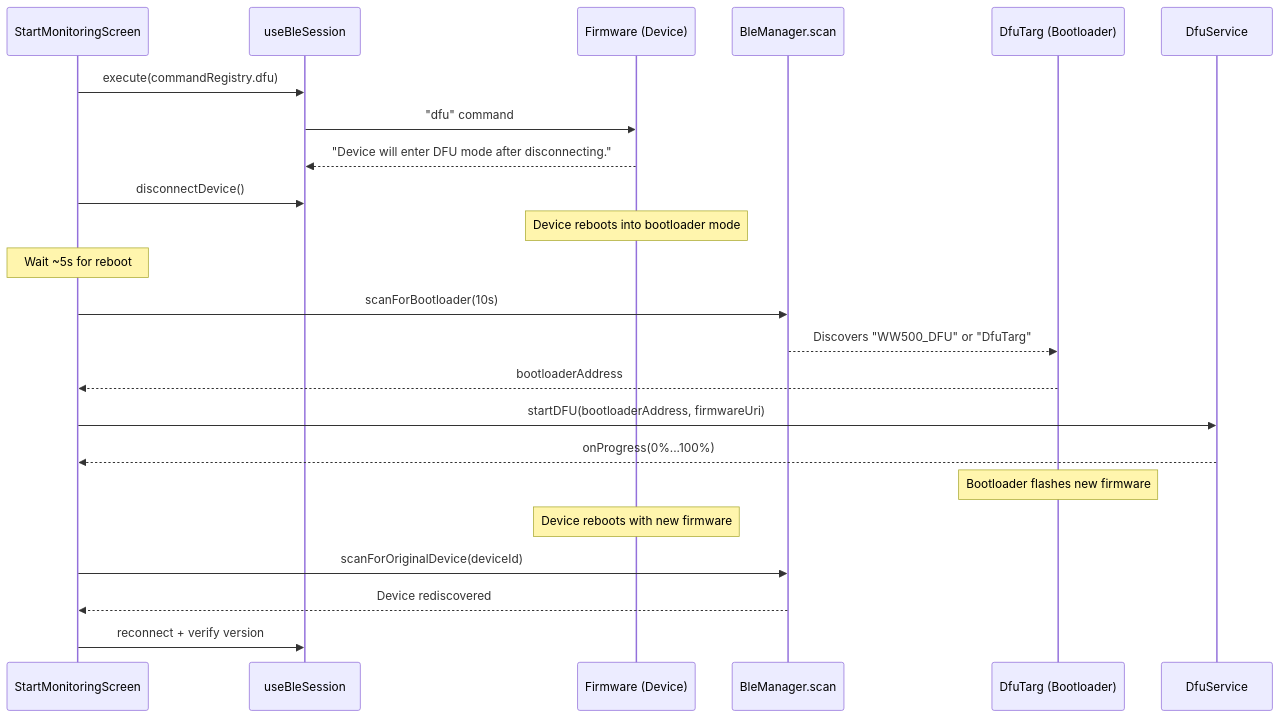
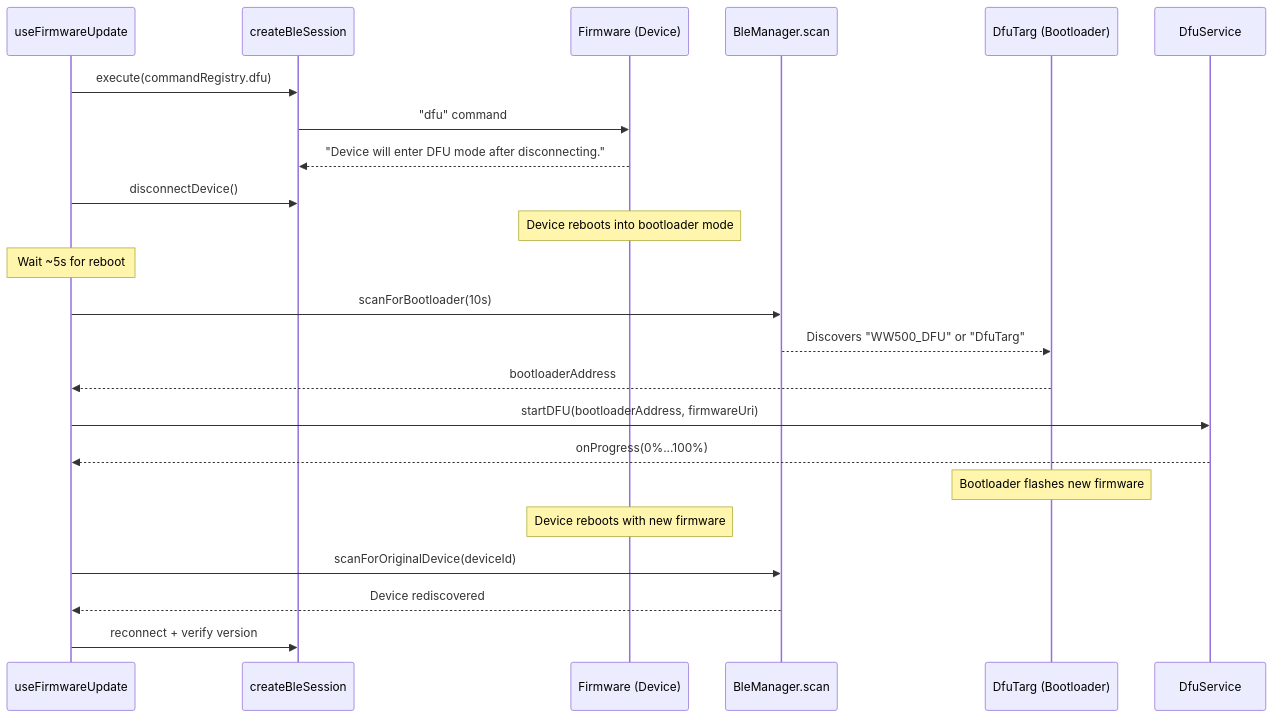
Before and after one commit to wildlifeai/ww-mobile-app: the fourth of 4 diagrams in documentation/resources/BLE_Architecture.md, drawn with Mermaid. The commit also changed other lines of this file and 17 other files, not shown here.

````diff
--- a/documentation/resources/BLE_Architecture.md
+++ b/documentation/resources/BLE_Architecture.md
@@ -568,29 +566,29 @@
 ```mermaid
 sequenceDiagram
-    participant UI as StartMonitoringScreen
-    participant Sess as useBleSession
+    participant UI as useFirmwareUpdate
+    participant Sess as createBleSession
     participant FW as Firmware (Device)
     participant Scan as BleManager.scan
     participant Boot as DfuTarg (Bootloader)
     participant DFU as DfuService
 
     UI->>Sess: execute(commandRegistry.dfu)
     Sess->>FW: "dfu" command
     FW-->>Sess: "Device will enter DFU mode after disconnecting."
     UI->>Sess: disconnectDevice()
     Note over FW: Device reboots into bootloader mode
     Note over UI: Wait ~5s for reboot
 
     UI->>Scan: scanForBootloader(10s)
     Scan-->>Boot: Discovers "WW500_DFU" or "DfuTarg"
     Boot-->>UI: bootloaderAddress
 
     UI->>DFU: startDFU(bootloaderAddress, firmwareUri)
     DFU-->>UI: onProgress(0%...100%)
     Note over Boot: Bootloader flashes new firmware
 
     Note over FW: Device reboots with new firmware
     UI->>Scan: scanForOriginalDevice(deviceId)
     Scan-->>UI: Device rediscovered
     UI->>Sess: reconnect + verify version
 ```
````
